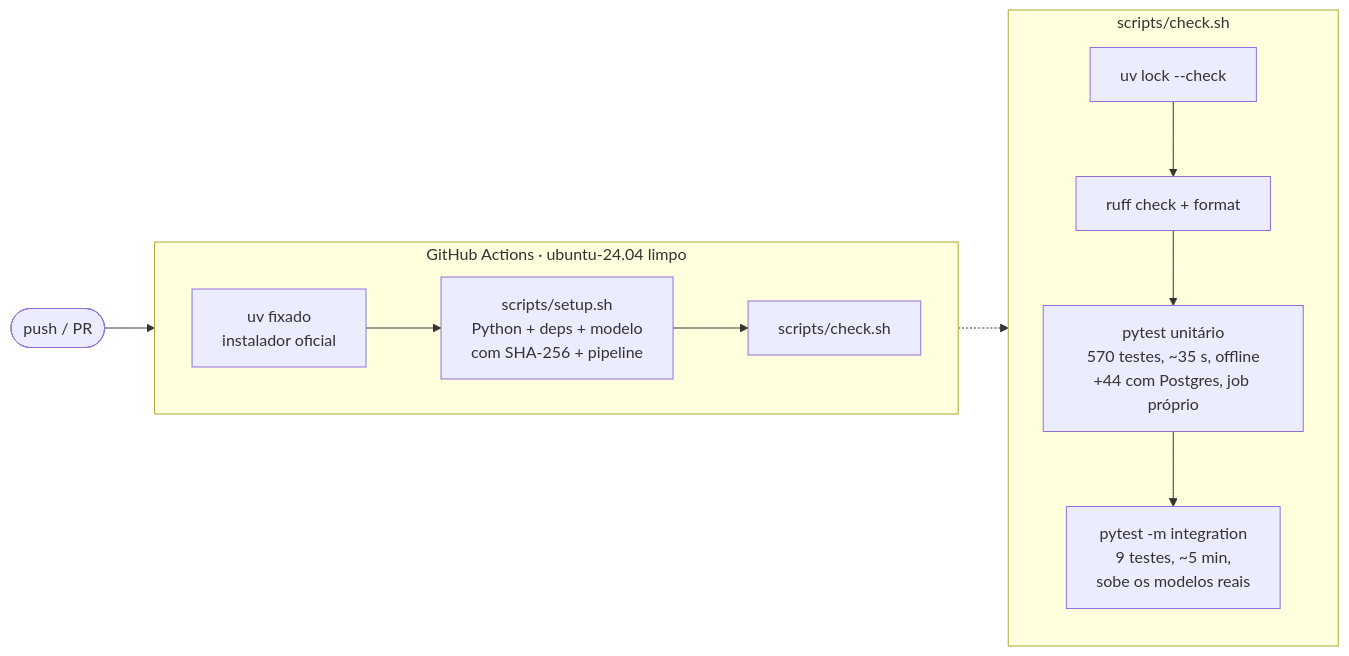
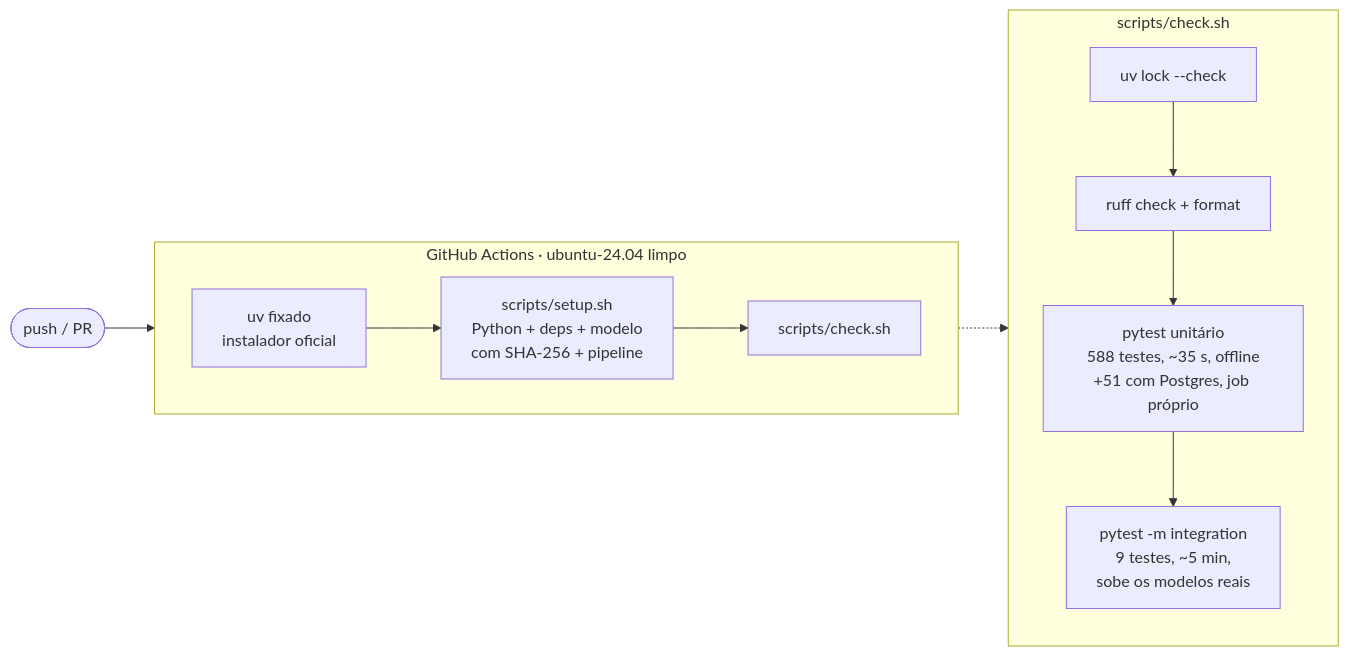
One commit to RonildoSilva/ai-engineer-challenge changed the sixth of 21 diagrams in README.md. Above: the diagram before and after it, drawn with Mermaid. The commit also changed other lines of this file and 26 other files, not shown here.

````diff
--- a/README.md
+++ b/README.md
@@ -268,15 +268,15 @@
 ```mermaid
 flowchart LR
     P([push / PR]) --> CI
     subgraph CI[GitHub Actions · ubuntu-24.04 limpo]
         direction LR
         U[uv fixado<br/>instalador oficial] --> S[scripts/setup.sh<br/>Python + deps + modelo<br/>com SHA-256 + pipeline] --> K[scripts/check.sh]
     end
     subgraph K2[scripts/check.sh]
         direction TB
         L1[uv lock --check] --> L2[ruff check + format]
-        L2 --> L3[pytest unitário<br/>570 testes, ~35 s, offline<br/>+44 com Postgres, job próprio]
+        L2 --> L3[pytest unitário<br/>588 testes, ~35 s, offline<br/>+51 com Postgres, job próprio]
         L3 --> L4[pytest -m integration<br/>9 testes, ~5 min,<br/>sobe os modelos reais]
     end
     K -.-> K2
 ```
````
